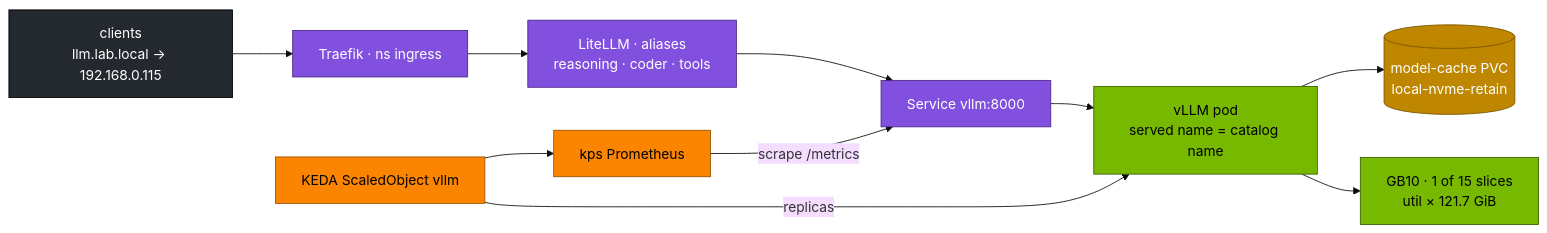
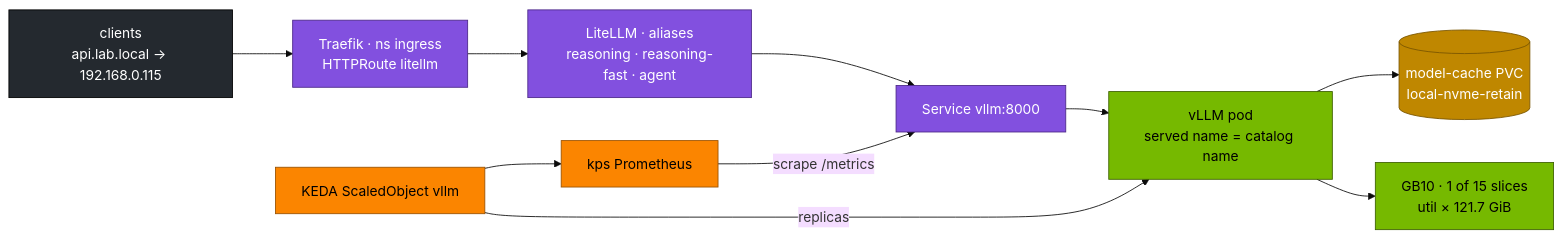
The second of 3 diagrams in 03-DeepSeek/06-vllm-serving.md (cloudone365/technical-depth), drawn with Mermaid (base theme) before and after one commit. The commit also changed other lines of this file and 91 other files, not shown here.

First line of the commit message:
Docs audit 01-04: fix mistakes found against the lab files; step-by-step flows

````diff
--- a/03-DeepSeek/06-vllm-serving.md
+++ b/03-DeepSeek/06-vllm-serving.md
@@ -55,22 +55,22 @@
 ```mermaid
 flowchart LR
-  CL["clients<br/>llm.lab.local → 192.168.0.115"] --> TR["Traefik · ns ingress"]
-  TR --> LL["LiteLLM · aliases<br/>reasoning · coder · tools"]
+  CL["clients<br/>api.lab.local → 192.168.0.115"] --> TR["Traefik · ns ingress<br/>HTTPRoute litellm"]
+  TR --> LL["LiteLLM · aliases<br/>reasoning · reasoning-fast · agent"]
   LL --> SVC["Service vllm:8000"]
   SVC --> POD["vLLM pod<br/>served name = catalog name"]
   POD --> PVC[("model-cache PVC<br/>local-nvme-retain")]
   POD --> GPU["GB10 · 1 of 15 slices<br/>util × 121.7 GiB"]
   PROM["kps Prometheus"] -->|"scrape /metrics"| SVC
   KEDA["KEDA ScaledObject vllm"] -->|"replicas"| POD
   KEDA --> PROM
   classDef gpu fill:#76b900,stroke:#3d6000,color:#000
   classDef net fill:#8250df,stroke:#4c2889,color:#fff
   classDef store fill:#bf8700,stroke:#7a5600,color:#fff
   classDef obs fill:#fb8500,stroke:#9a5200,color:#000
   classDef ext fill:#24292f,stroke:#000,color:#fff
   class POD,GPU gpu
   class TR,LL,SVC net
   class PVC store
   class PROM,KEDA obs
   class CL ext
 ```
````
